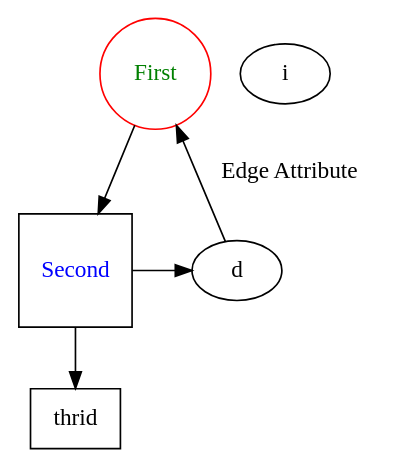
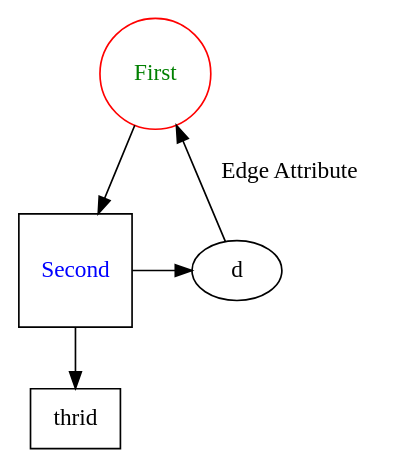
The ninth of 16 diagrams in _posts/2018-09-21-graphviz-tutor.md (WangXin93/WangXin93.github.io), drawn with Graphviz before and after one commit. The commit also changed other lines of this file and 4 other files, not shown here.

Commit message:
Add embedded graphviz support

````diff
--- a/_posts/2018-09-21-graphviz-tutor.md
+++ b/_posts/2018-09-21-graphviz-tutor.md
@@ -101,17 +152,17 @@
 ```dot
 digraph graphname {
         /* Entities */
         a [label="First" shape="circle" fontcolor="green" color="red"]
         b [label="Second" shape="square" fontcolor="blue"]
         c [label="thrid" shape="box"]
 
         /* Relationships */
         a -> b;
         b -> c;
         b -> d;
         d -> a [label="Edge Attribute"];
 
         /* Ranks */
-i       {rank=same b d}
+        {rank=same b d}
 }
 ```
````
